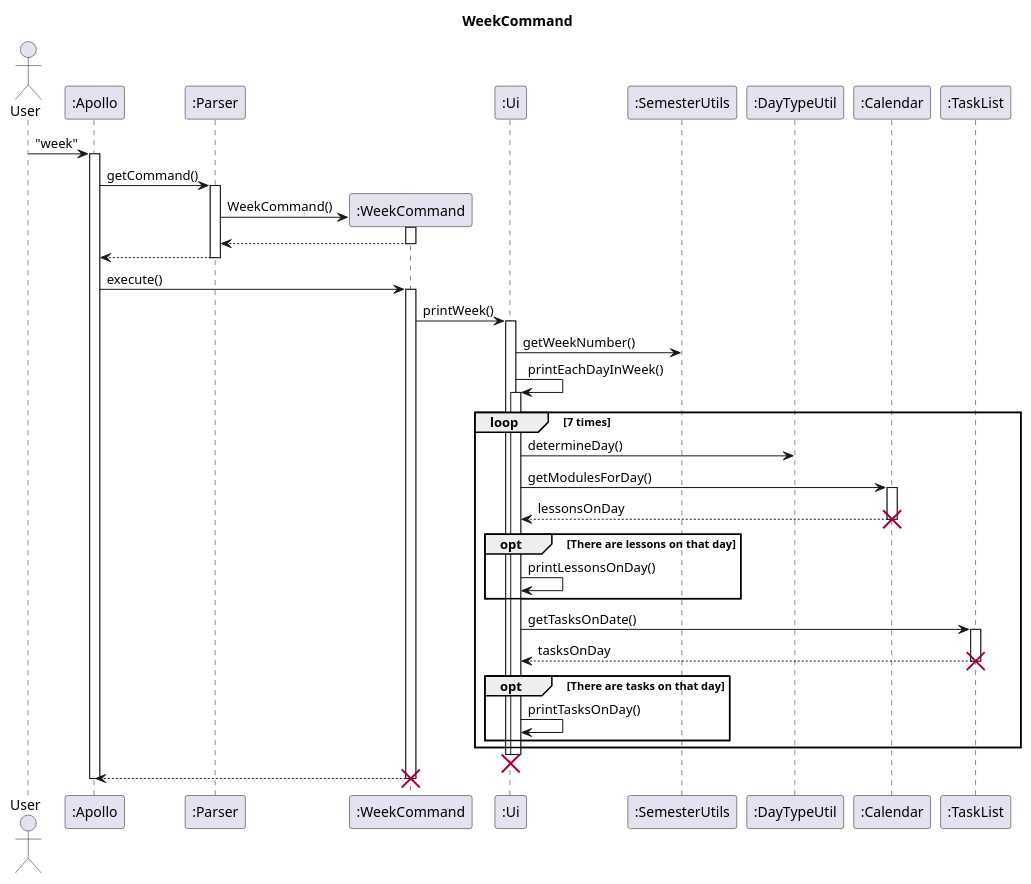
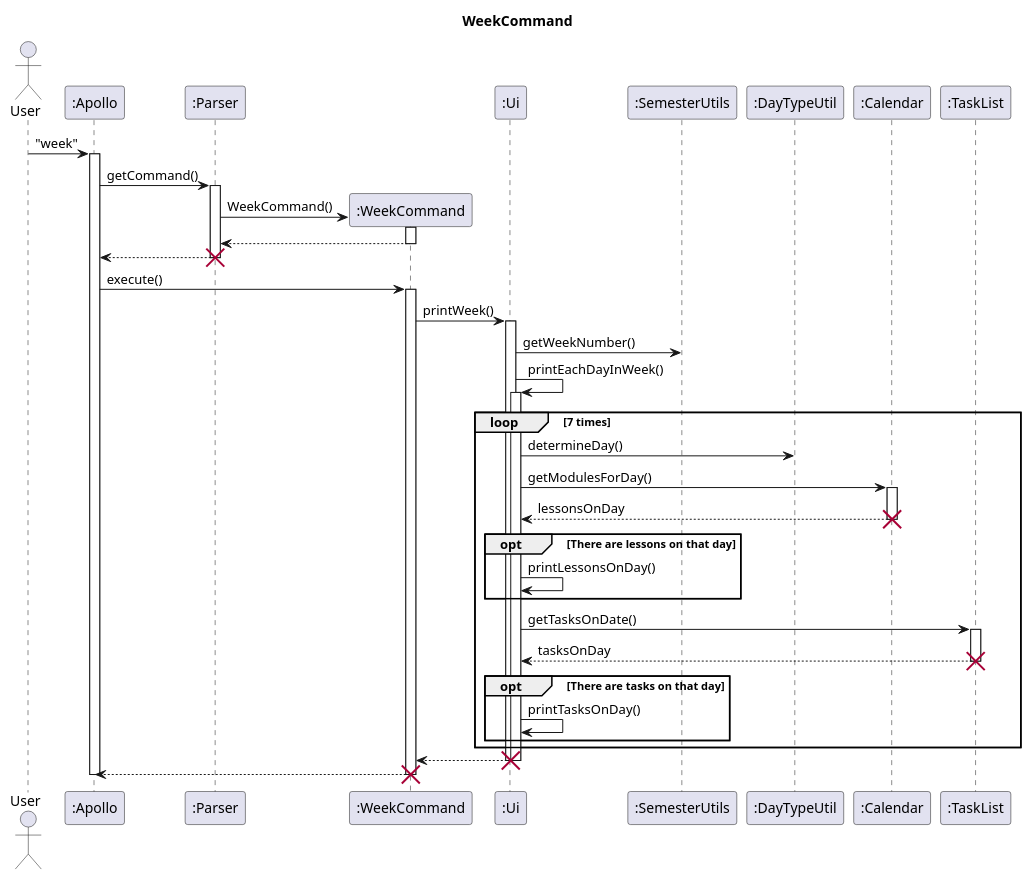
One commit to nus-cs2113-AY2223S2/tp changed the diagram in docs/uml-source/sequence/Week.puml. Above: the diagram before and after it, drawn with PlantUML. The commit also changed 1 other file, not shown here.

Commit message:
Fix bugs in week diagram

```diff
--- a/docs/uml-source/sequence/Week.puml
+++ b/docs/uml-source/sequence/Week.puml
@@ -1,62 +1,62 @@
 @startuml
 'https://plantuml.com/sequence-diagram
 
 skinparam maxMessageSize 100
 
 title WeekCommand
 
 actor User
 participant ":Apollo" as Apollo
 participant ":Parser" as Parser
 participant ":WeekCommand" as week
 participant ":Ui" as Ui
 participant ":SemesterUtils" as SemUtils
 participant ":DayTypeUtil" as DayTypeUtil
 participant ":Calendar" as Calendar
 participant ":TaskList" as TaskList
 
 User -> Apollo : "week"
 activate Apollo
 Apollo -> Parser : getCommand()
 activate Parser
 Parser -> week** : WeekCommand()
 week++
 return
 return
+destroy Parser
 
 Apollo -> week : execute()
 activate week
-
 
 week -> Ui : printWeek()
 activate Ui
 Ui -> SemUtils : getWeekNumber()
 
 Ui -> Ui++ : printEachDayInWeek()
 
 loop 7 times
     Ui -> DayTypeUtil : determineDay()
 
     Ui -> Calendar : getModulesForDay()
     activate Calendar
     Calendar --> Ui : lessonsOnDay
     destroy Calendar
     opt There are lessons on that day
     Ui -> Ui : printLessonsOnDay()
     end
 
     Ui -> TaskList : getTasksOnDate()
     activate TaskList
     TaskList --> Ui : tasksOnDay
     destroy TaskList
     opt There are tasks on that day
     Ui -> Ui : printTasksOnDay()
     end
 end
-Ui--
+week <-- Ui--
 destroy Ui
 week --> Apollo
 destroy week
 Apollo--
 
 @enduml
```
